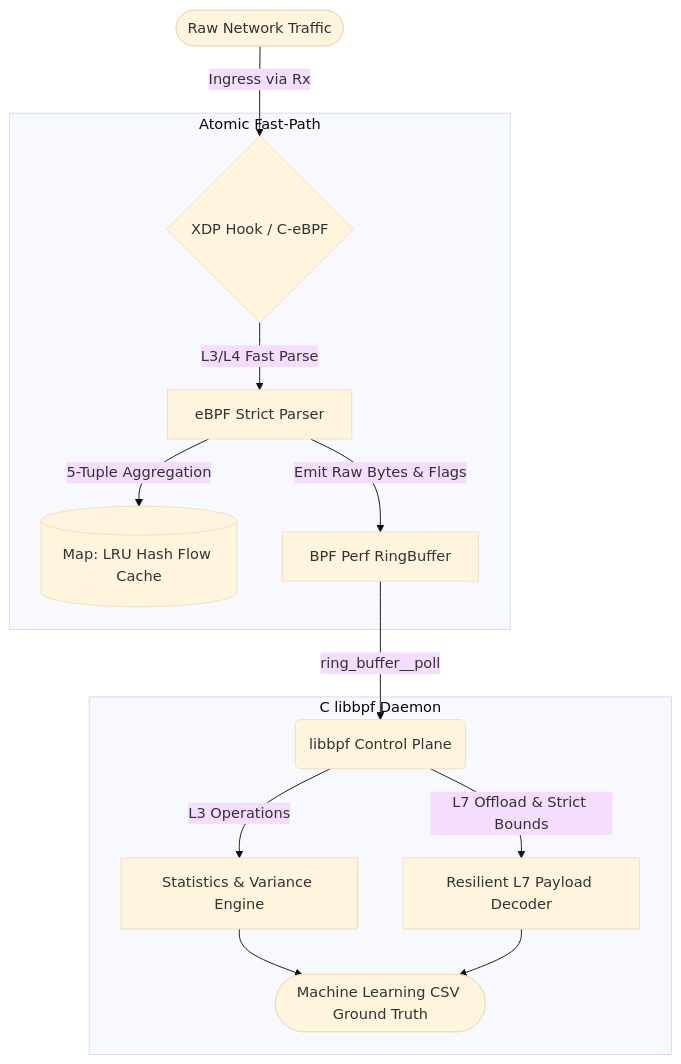
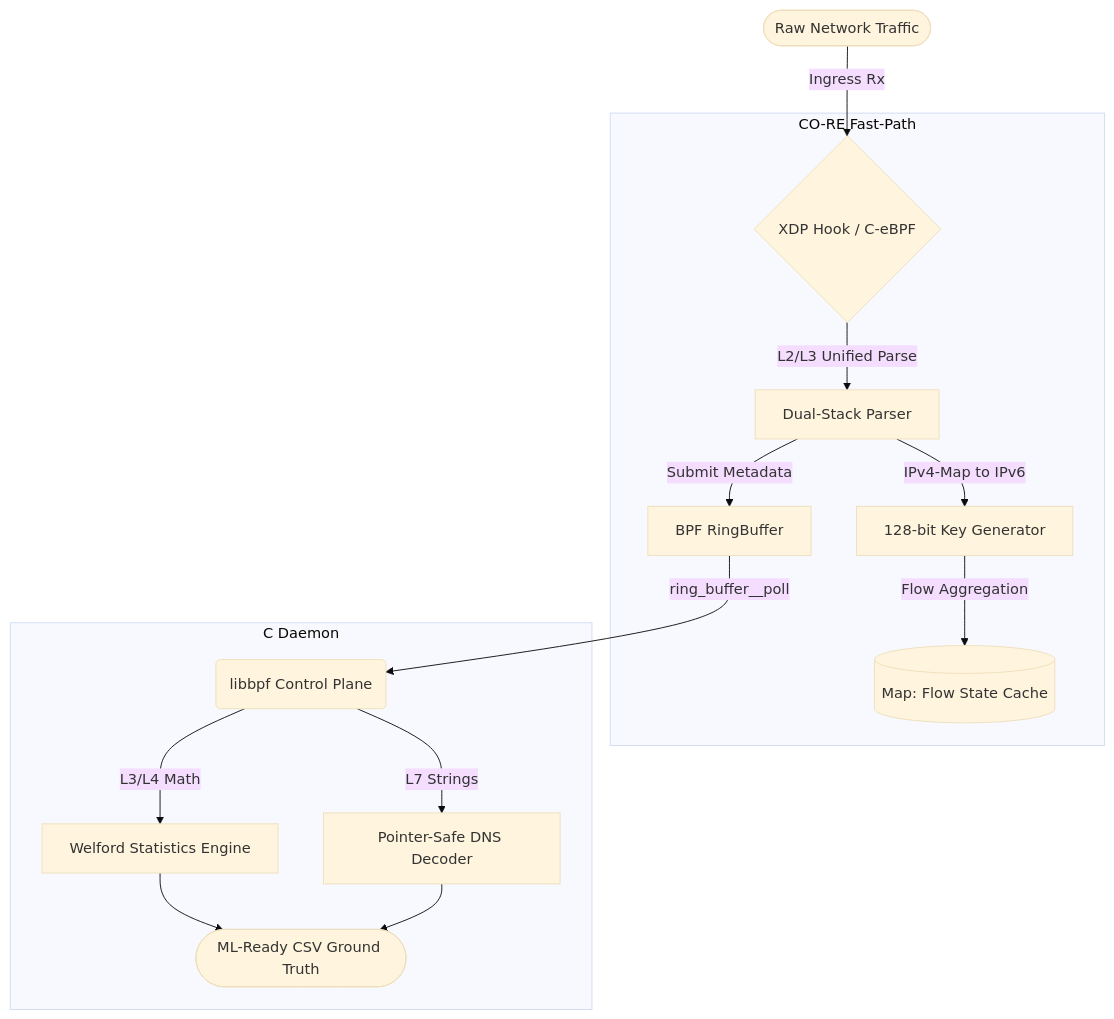
Before and after one commit to leonardoherkenhoff/eBPFNetFlowLyzer: the diagram in README.md, drawn with Mermaid (base theme). The commit also changed other lines of this file and 15 other files, not shown here.

Commit message:
Dual-Stack architecture: 128-bit IP mapping, PCAPNG support, and Doxygen documentation.

````diff
--- a/README.md
+++ b/README.md
@@ -41,18 +25,19 @@
 ```mermaid
 graph TD
-    A([Raw Network Traffic]) -->|Ingress via Rx| XDP{XDP Hook / C-eBPF}
+    A([Raw Network Traffic]) -->|Ingress Rx| XDP{XDP Hook / C-eBPF}
     
-    subgraph KERNEL SPACE [Atomic Fast-Path]
-    XDP -->|L3/L4 Fast Parse| PARSER[eBPF Strict Parser]
-    PARSER -->|5-Tuple Aggregation| LRU[(Map: LRU Hash Flow Cache)]
-    PARSER -->|Emit Raw Bytes & Flags| RINGBUF[BPF Perf RingBuffer]
+    subgraph KERNEL SPACE [CO-RE Fast-Path]
+    XDP -->|L2/L3 Unified Parse| PARSER[Dual-Stack Parser]
+    PARSER -->|IPv4-Map to IPv6| KEYGEN[128-bit Key Generator]
+    KEYGEN -->|Flow Aggregation| LRU[(Map: Flow State Cache)]
+    PARSER -->|Submit Metadata| RINGBUF[BPF RingBuffer]
     end
     
-    subgraph USER SPACE [C libbpf Daemon]
-    RINGBUF -->|ring_buffer__poll| C_DAEMON(libbpf Control Plane)
-    C_DAEMON -->|L3 Operations| MATH[Statistics & Variance Engine]
-    C_DAEMON -->|L7 Offload & Strict Bounds| DNS[Resilient L7 Payload Decoder]
-    MATH --> CSV([Machine Learning CSV Ground Truth])
+    subgraph USER SPACE [C Daemon]
+    RINGBUF -->|ring_buffer__poll| DAEMON(libbpf Control Plane)
+    DAEMON -->|L3/L4 Math| MATH[Welford Statistics Engine]
+    DAEMON -->|L7 Strings| DNS[Pointer-Safe DNS Decoder]
+    MATH --> CSV([ML-Ready CSV Ground Truth])
     DNS --> CSV
     end
 ```
````
